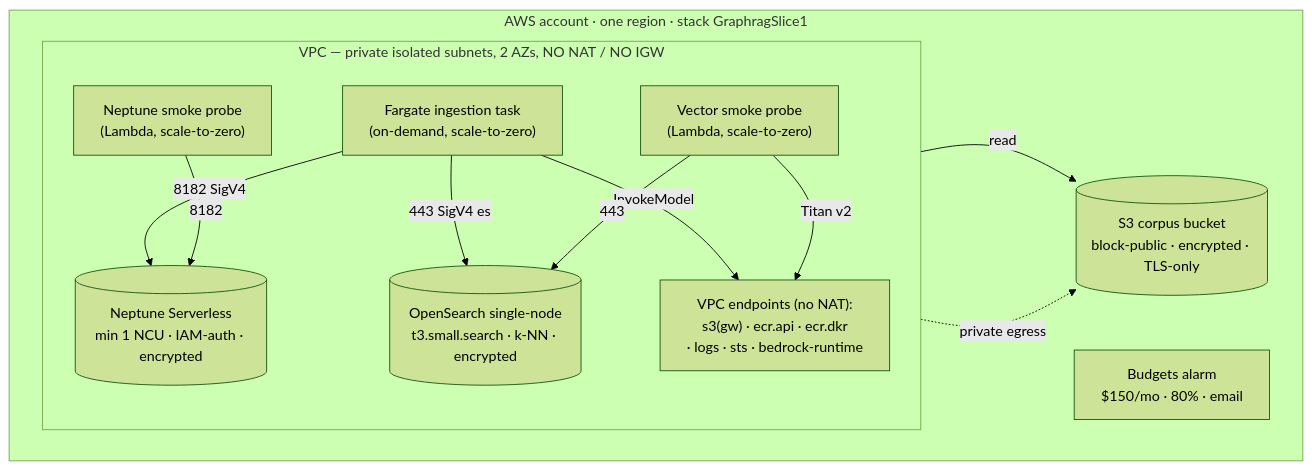
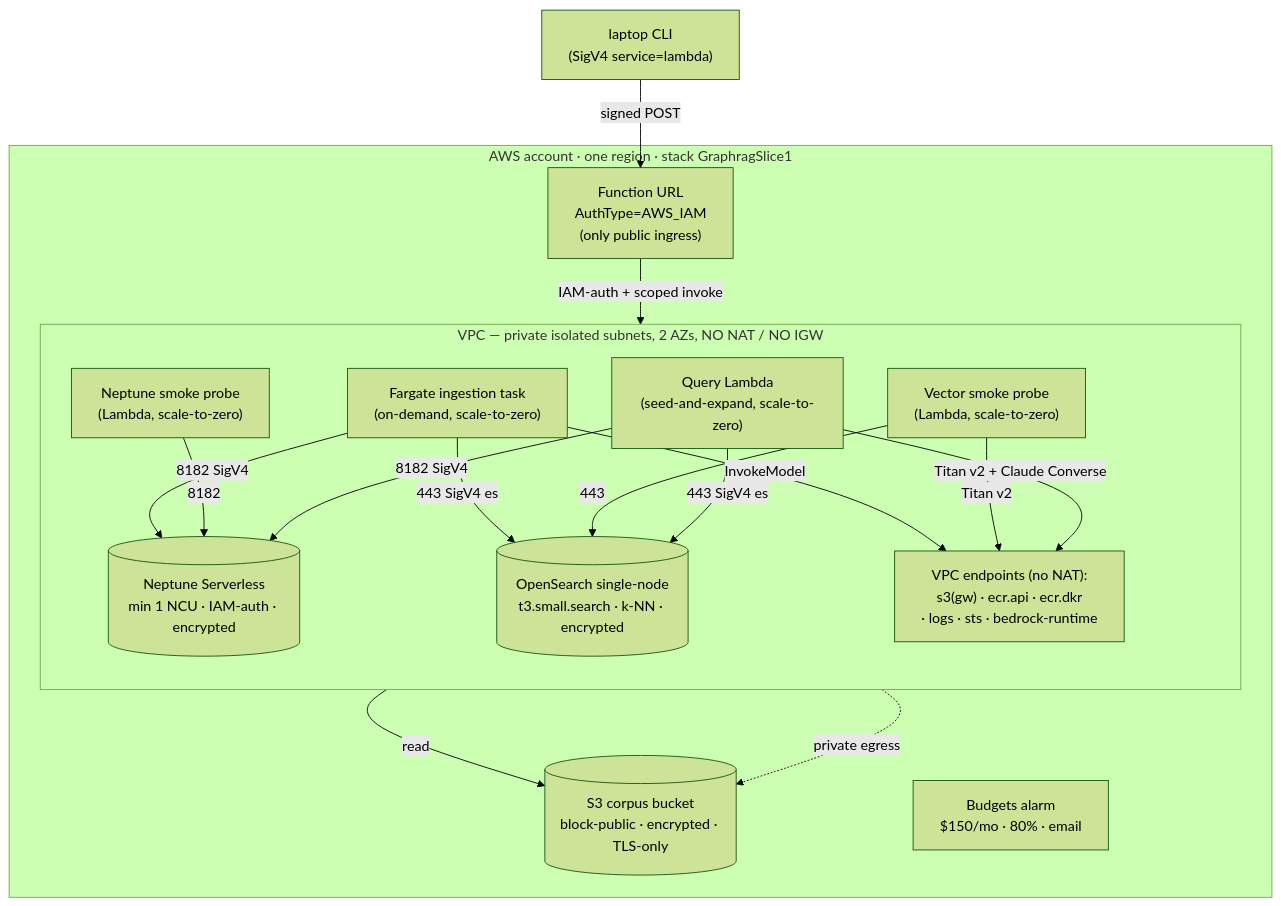
The diagram in docs/architecture/infrastructure.md (eugenelim/graphrag-aws-template), drawn with Mermaid (forest theme) before and after one commit. The commit also changed other lines of this file and 31 other files, not shown here.

First line of the commit message:
feat: seed-and-expand hybrid + three-mode runner (slice 3)

````diff
--- a/docs/architecture/infrastructure.md
+++ b/docs/architecture/infrastructure.md
@@ -26,24 +26,31 @@
 ```mermaid
 flowchart TB
     subgraph AWS["AWS account · one region · stack GraphragSlice1"]
         S3[("S3 corpus bucket<br/>block-public · encrypted · TLS-only")]
         BUD["Budgets alarm<br/>$150/mo · 80% · email"]
         subgraph VPC["VPC — private isolated subnets, 2 AZs, NO NAT / NO IGW"]
             direction TB
             ING["Fargate ingestion task<br/>(on-demand, scale-to-zero)"]
             NP["Neptune smoke probe<br/>(Lambda, scale-to-zero)"]
             VP["Vector smoke probe<br/>(Lambda, scale-to-zero)"]
+            QL["Query Lambda<br/>(seed-and-expand, scale-to-zero)"]
             NEP[("Neptune Serverless<br/>min 1 NCU · IAM-auth · encrypted")]
             OS[("OpenSearch single-node<br/>t3.small.search · k-NN · encrypted")]
             EPS["VPC endpoints (no NAT):<br/>s3(gw) · ecr.api · ecr.dkr<br/>· logs · sts · bedrock-runtime"]
         end
+        FURL["Function URL<br/>AuthType=AWS_IAM<br/>(only public ingress)"]
     end
+    CLI["laptop CLI<br/>(SigV4 service=lambda)"] -->|signed POST| FURL
+    FURL -->|IAM-auth + scoped invoke| QL
     ING -->|8182 SigV4| NEP
     ING -->|443 SigV4 es| OS
     ING -->|InvokeModel| EPS
     NP -->|8182| NEP
     VP -->|443| OS
     VP -->|Titan v2| EPS
+    QL -->|8182 SigV4| NEP
+    QL -->|443 SigV4 es| OS
+    QL -->|Titan v2 + Claude Converse| EPS
     ING -->|read| S3
     EPS -.->|private egress| S3
 ```
````
